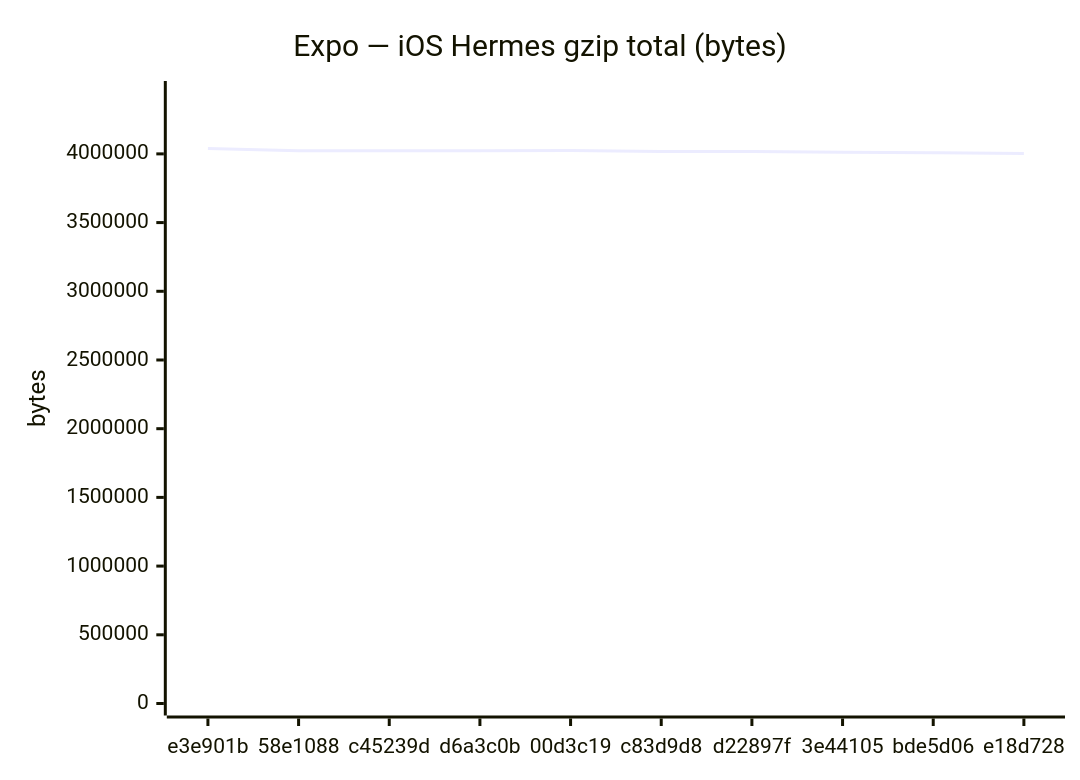
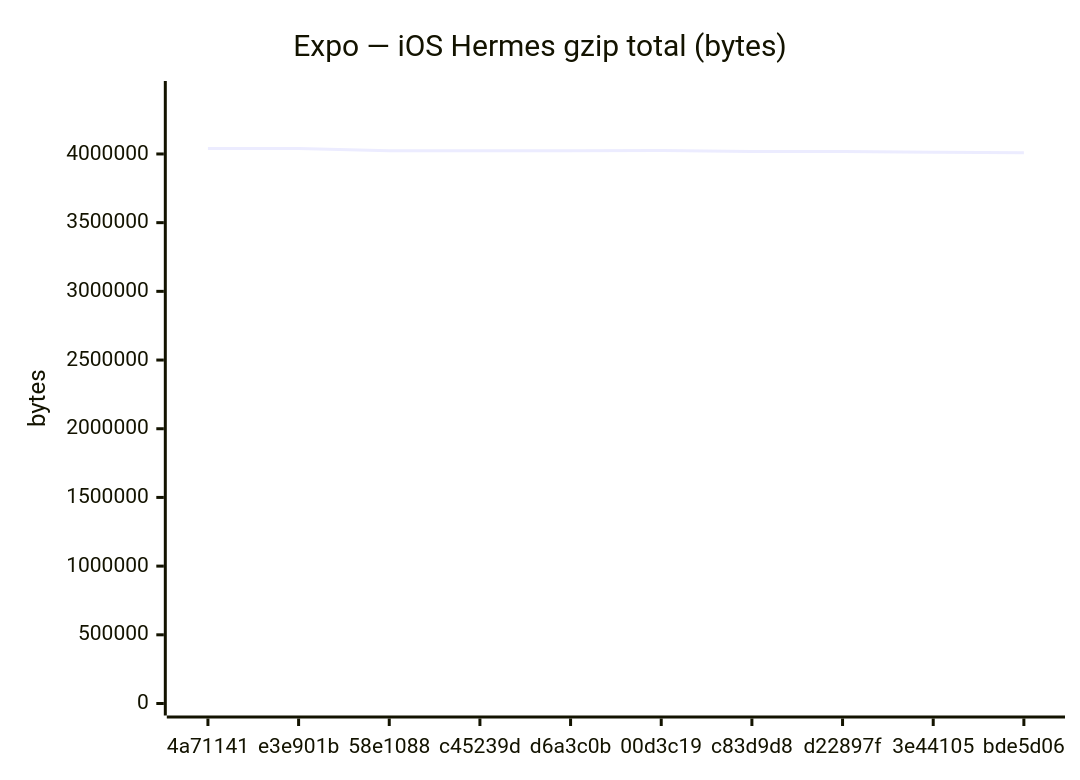
The sixth of 18 diagrams in benchmarks/compare.md (Metaheurist/Rianell), drawn with Mermaid before and after one commit. The commit also changed other lines of this file and 11 other files, not shown here.

````diff
--- a/benchmarks/compare.md
+++ b/benchmarks/compare.md
@@ -96,7 +96,7 @@
 ```mermaid
 xychart-beta
     title "Expo — iOS Hermes gzip total (bytes)"
-    x-axis ["e3e901b", "58e1088", "c45239d", "d6a3c0b", "00d3c19", "c83d9d8", "d22897f", "3e44105", "bde5d06", "e18d728"]
-    y-axis "bytes" 0 --> 4443097
-    line [4039179, 4023650, 4023650, 4023645, 4024761, 4017281, 4017565, 4012063, 4008470, 4002116]
+    x-axis ["4a71141", "e3e901b", "58e1088", "c45239d", "d6a3c0b", "00d3c19", "c83d9d8", "d22897f", "3e44105", "bde5d06"]
+    y-axis "bytes" 0 --> 4443790
+    line [4039809, 4039179, 4023650, 4023650, 4023645, 4024761, 4017281, 4017565, 4012063, 4008470]
 ```
````
